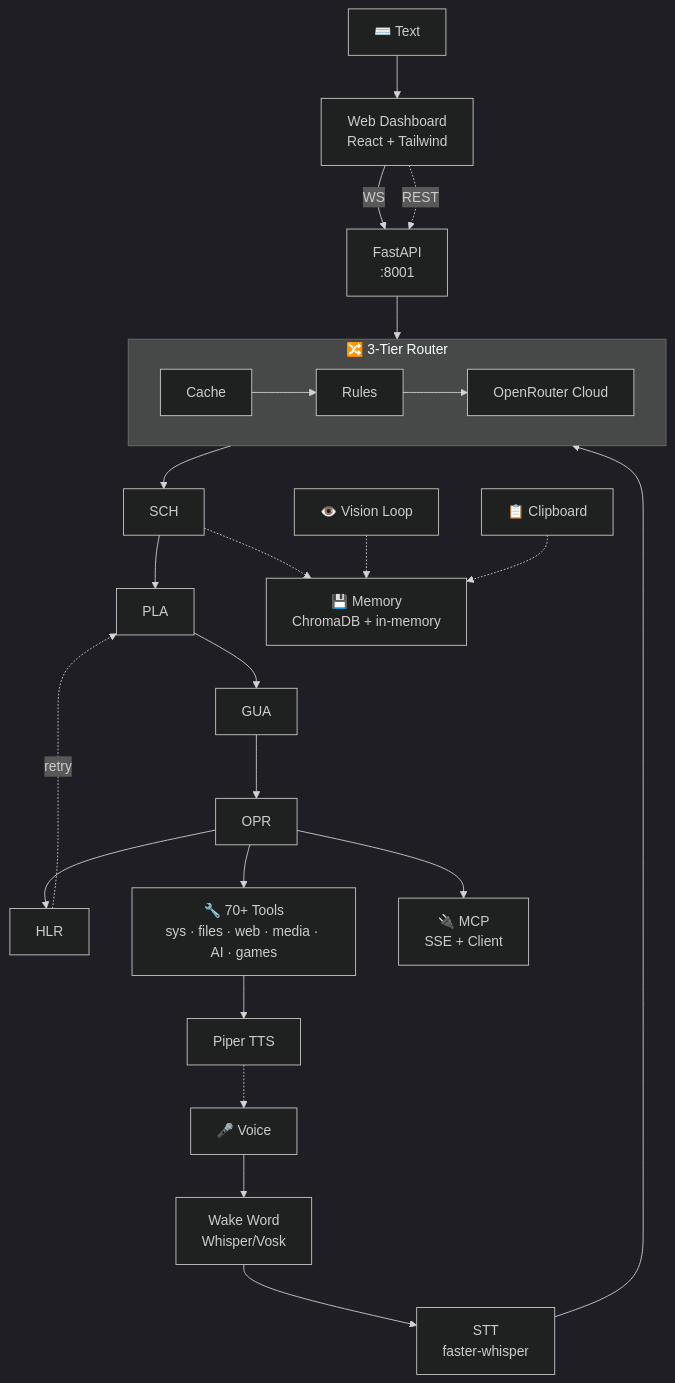
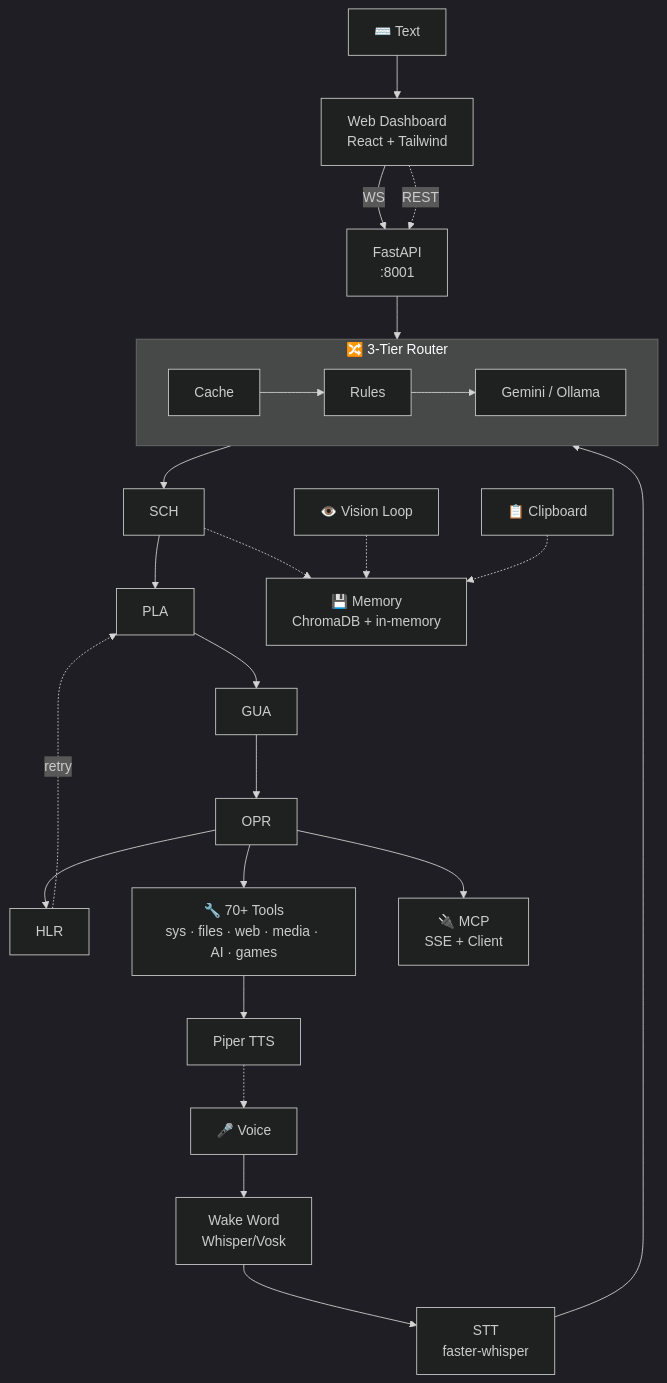
One commit to gajanand27-05/sg-cube_v1 changed the first of 3 diagrams in README.md. Above: the diagram before and after it, drawn with Mermaid (dark theme). The commit also changed other lines of this file, not shown here.

Commit message:
docs: sync README with current stack (Gemini, Commander, Ollama models)

````diff
--- a/README.md
+++ b/README.md
@@ -34,27 +34,27 @@
 ```mermaid
 flowchart TB
     V["🎤 Voice"] --> WW["Wake Word\nWhisper/Vosk"]
     WW --> STT["STT\nfaster-whisper"]
     STT --> ROUTER
 
     T["⌨️ Text"] --> UI["Web Dashboard\nReact + Tailwind"]
     UI -->|WS| API["FastAPI\n:8001"]
     UI -.->|REST| API
     API --> ROUTER
 
     subgraph ROUTER["🔀 3-Tier Router"]
         direction LR
-        CACHE[Cache] --> RULE[Rules] -->         LLM[OpenRouter Cloud]
+        CACHE[Cache] --> RULE[Rules] -->         LLM[Gemini / Ollama]
     end
 
     LLM --> SCH --> PLA --> GUA --> OPR --> HLR
     HLR -.->|retry| PLA
 
     OPR --> TOOLS["🔧 70+ Tools\nsys · files · web · media · AI · games"]
     OPR --> MCP["🔌 MCP\nSSE + Client"]
     TOOLS --> TTS["Piper TTS"] -.-> V
 
     SCH -.-> MEM["💾 Memory\nChromaDB + in-memory"]
     VL["👁️ Vision Loop"] -.-> MEM
     CLIP["📋 Clipboard"] -.-> MEM
 ```
````
